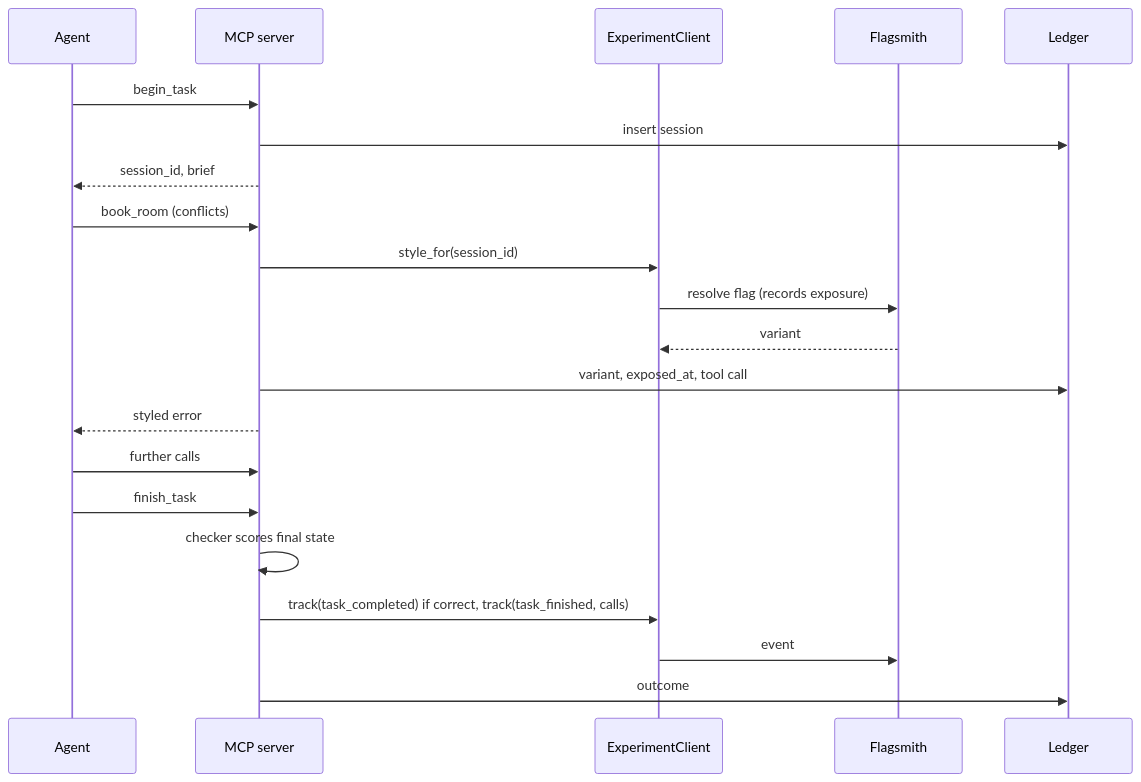
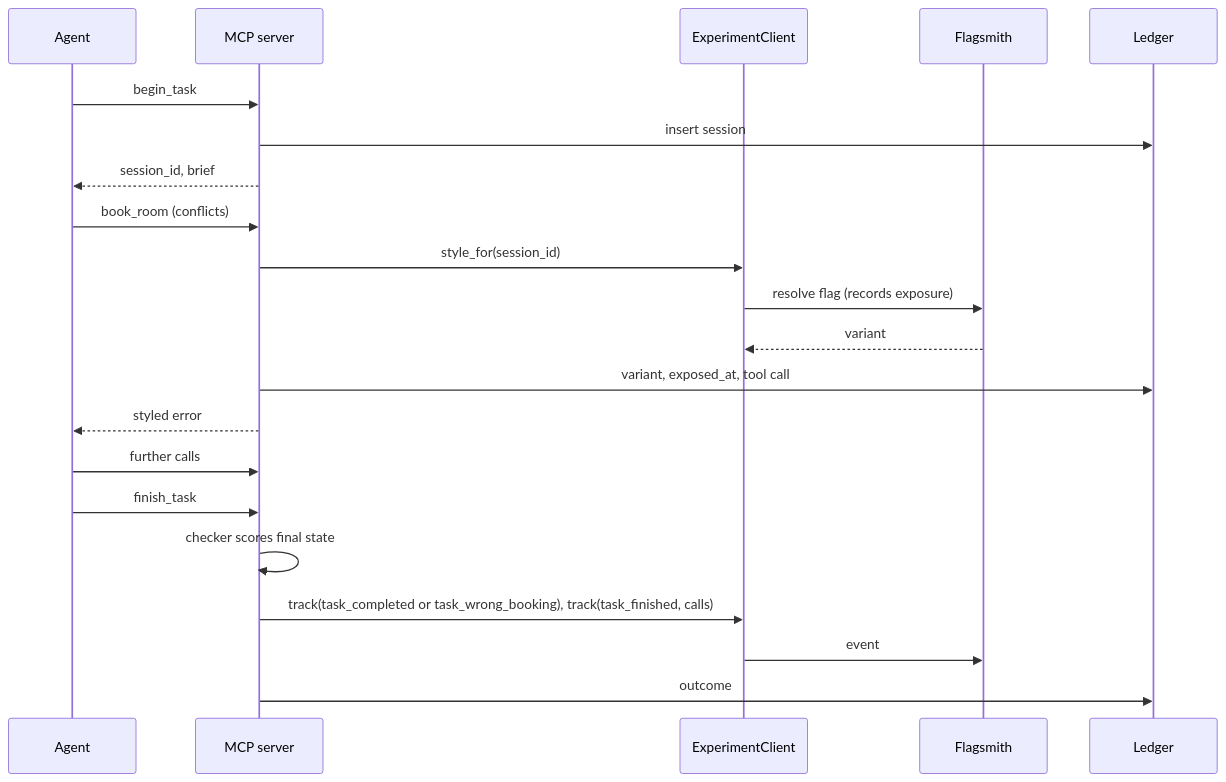
Before and after one commit to Ishaan2053/second-audience: the third of 3 diagrams in docs/02-architecture.md, drawn with Mermaid. The commit also changed other lines of this file and 5 other files, not shown here.

````diff
--- a/docs/02-architecture.md
+++ b/docs/02-architecture.md
@@ -648,23 +671,23 @@
 ```mermaid
 sequenceDiagram
     participant A as Agent
     participant S as MCP server
     participant E as ExperimentClient
     participant F as Flagsmith
     participant L as Ledger
     A->>S: begin_task
     S->>L: insert session
     S-->>A: session_id, brief
     A->>S: book_room (conflicts)
     S->>E: style_for(session_id)
     E->>F: resolve flag (records exposure)
     F-->>E: variant
     S->>L: variant, exposed_at, tool call
     S-->>A: styled error
     A->>S: further calls
     A->>S: finish_task
     S->>S: checker scores final state
-    S->>E: track(task_completed) if correct, track(task_finished, calls)
+    S->>E: track(task_completed or task_wrong_booking), track(task_finished, calls)
     E->>F: event
     S->>L: outcome
 ```
````
